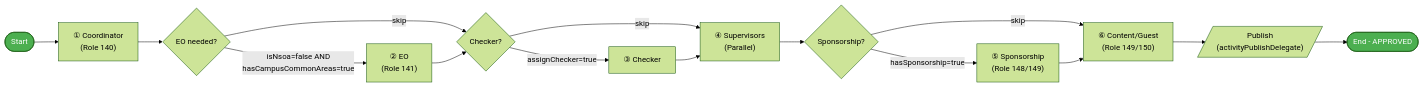
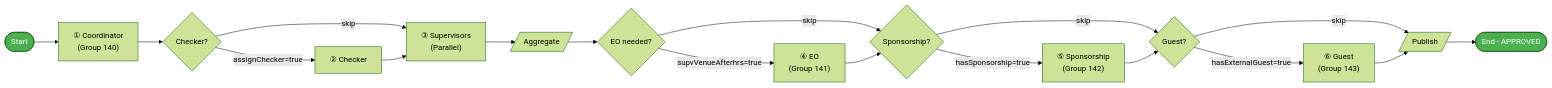
The second of 3 diagrams in activity-publish-workflow-design.md (OneStar-Projects/SLAS-Docs), drawn with Mermaid (forest theme) before and after one commit. The commit also changed other lines of this file, not shown here.

````diff
--- a/activity-publish-workflow-design.md
+++ b/activity-publish-workflow-design.md
@@ -191,23 +214,26 @@
 ```mermaid
 flowchart LR
     Start(["Start"]) --> A
 
-    A["① Coordinator<br/>(Role 140)"]
-    A --> B{EO needed?}
-    B -->|"isNsoa=false AND<br/>hasCampusCommonAreas=true"| C["② EO<br/>(Role 141)"]
-    B -->|"skip"| D
-    C --> D{Checker?}
-    D -->|"assignChecker=true"| E["③ Checker"]
+    A["① Coordinator<br/>(Group 140)"]
+    A --> D{Checker?}
+    D -->|"assignChecker=true"| E["② Checker"]
     D -->|"skip"| F
-    E --> F["④ Supervisors<br/>(Parallel)"]
-    F --> G{Sponsorship?}
-    G -->|"hasSponsorship=true"| H["⑤ Sponsorship<br/>(Role 148/149)"]
+    E --> F["③ Supervisors<br/>(Parallel)"]
+    F --> FA[/"Aggregate"/]
+    FA --> B{EO needed?}
+    B -->|"supvVenueAfterhrs=true"| C["④ EO<br/>(Group 141)"]
+    B -->|"skip"| G
+    C --> G{Sponsorship?}
+    G -->|"hasSponsorship=true"| H["⑤ Sponsorship<br/>(Group 142)"]
     G -->|"skip"| I
-    H --> I["⑥ Content/Guest<br/>(Role 149/150)"]
-    I --> Pub
-    Pub[/"Publish<br/>(activityPublishDelegate)"/]
+    H --> I{Guest?}
+    I -->|"hasExternalGuest=true"| J["⑥ Guest<br/>(Group 143)"]
+    I -->|"skip"| Pub
+    J --> Pub
+    Pub[/"Publish"/]
     Pub --> End(["End - APPROVED"])
 
     style Start fill:#4CAF50,color:#fff
     style End fill:#4CAF50,color:#fff
 ```
````
